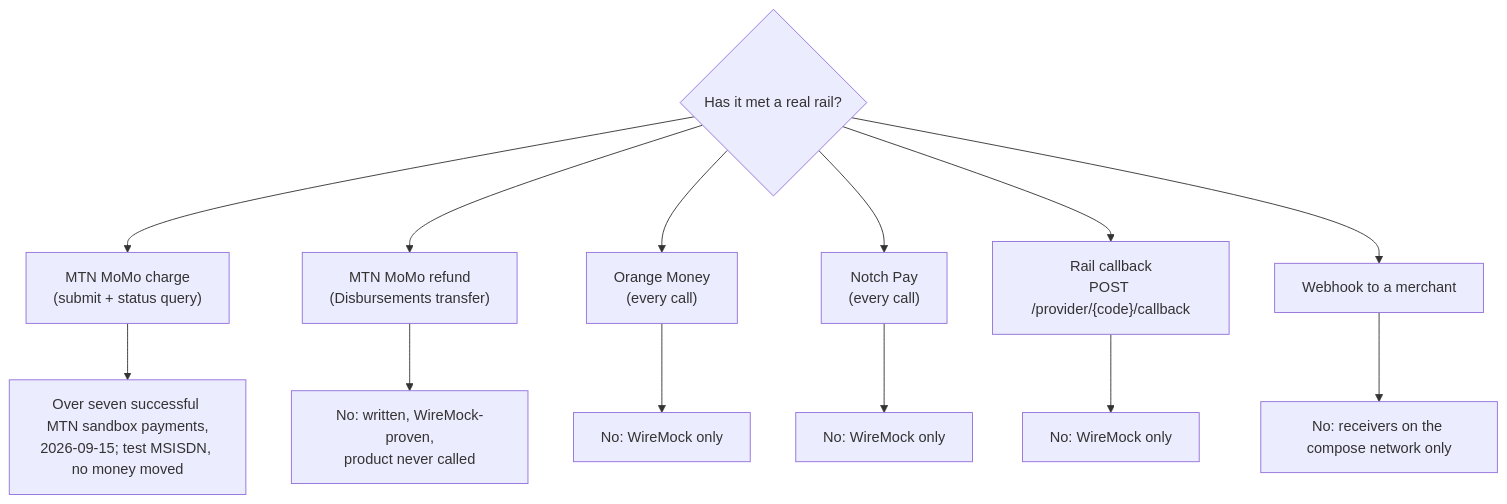
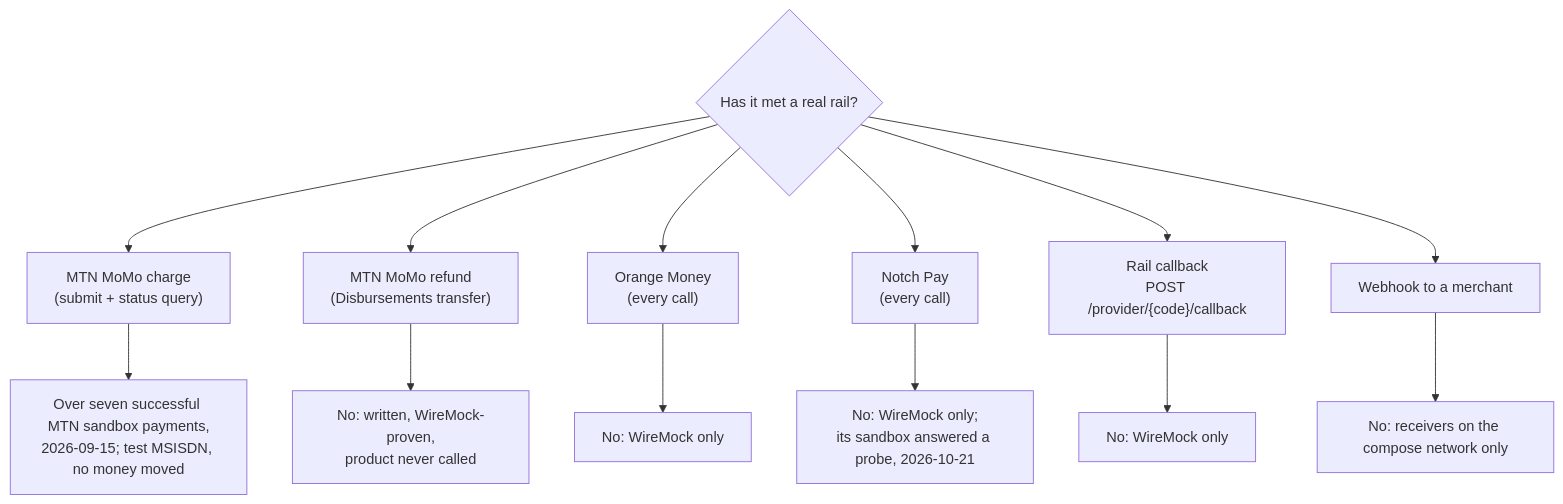
One commit to vaam-apps/vpay-docs changed the first of 2 diagrams in docs/guide/status.md. Above: the diagram before and after it, drawn with Mermaid. The commit also changed other lines of this file and 16 other files, not shown here.

````diff
--- a/docs/guide/status.md
+++ b/docs/guide/status.md
@@ -64,16 +67,16 @@
 ```mermaid
 flowchart TD
     Q{"Has it met a real rail?"}
     Q --> A["MTN MoMo charge<br/>(submit + status query)"]
     Q --> B["MTN MoMo refund<br/>(Disbursements transfer)"]
     Q --> C["Orange Money<br/>(every call)"]
     Q --> N["Notch Pay<br/>(every call)"]
     Q --> D["Rail callback<br/>POST /provider/{code}/callback"]
     Q --> E["Webhook to a merchant"]
     A --> A1["Over seven successful MTN sandbox payments,<br/>2026-09-15; test MSISDN, no money moved"]
     B --> B1["No: written, WireMock-proven,<br/>product never called"]
     C --> C1["No: WireMock only"]
-    N --> N1["No: WireMock only"]
+    N --> N1["No: WireMock only;<br/>its sandbox answered a probe, 2026-10-21"]
     D --> D1["No: WireMock only"]
     E --> E1["No: receivers on the compose network only"]
 ```
````
